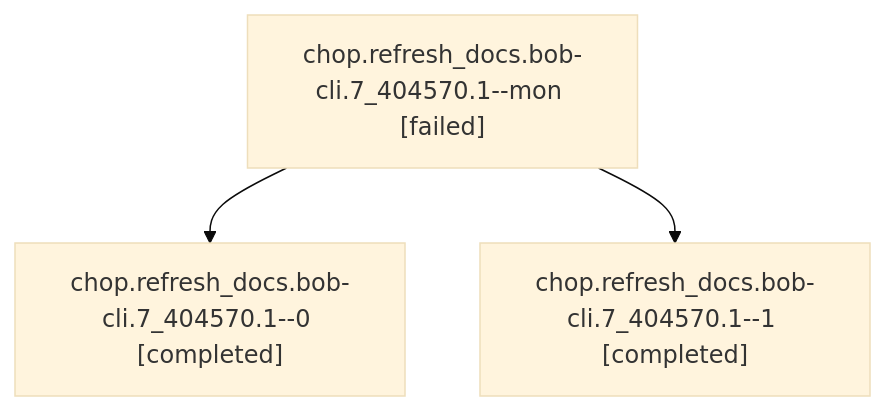
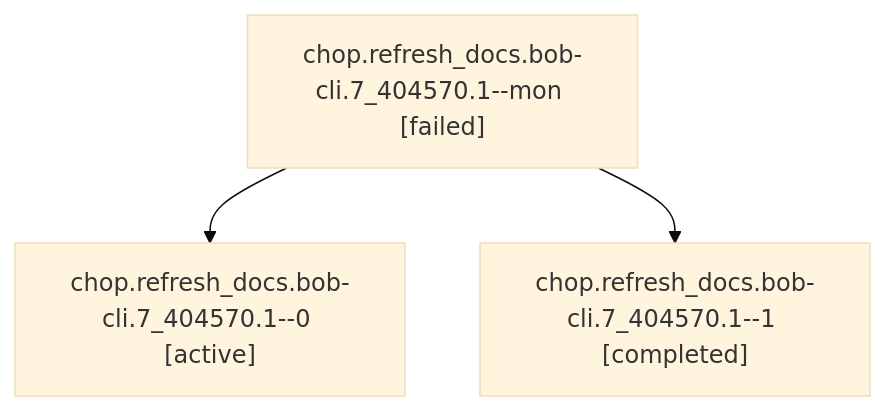
Before and after one commit to bobs-org/bob-cli--agents: the diagram in sessions/bbugyi200.athena.chop.refresh_docs.bob-cli.7_404570.1.md, drawn with Mermaid (base theme). The commit also changed other lines of this file and 36 other files, not shown here.

````diff
--- a/sessions/bbugyi200.athena.chop.refresh_docs.bob-cli.7_404570.1.md
+++ b/sessions/bbugyi200.athena.chop.refresh_docs.bob-cli.7_404570.1.md
@@ -9,8 +9,8 @@
 ```mermaid
 flowchart TD
   n0["chop.refresh_docs.bob-cli.7_404570.1--mon [failed]"]
-  n1["chop.refresh_docs.bob-cli.7_404570.1--0 [completed]"]
+  n1["chop.refresh_docs.bob-cli.7_404570.1--0 [active]"]
   n0 --> n1
   n2["chop.refresh_docs.bob-cli.7_404570.1--1 [completed]"]
   n0 --> n2
 ```
````
